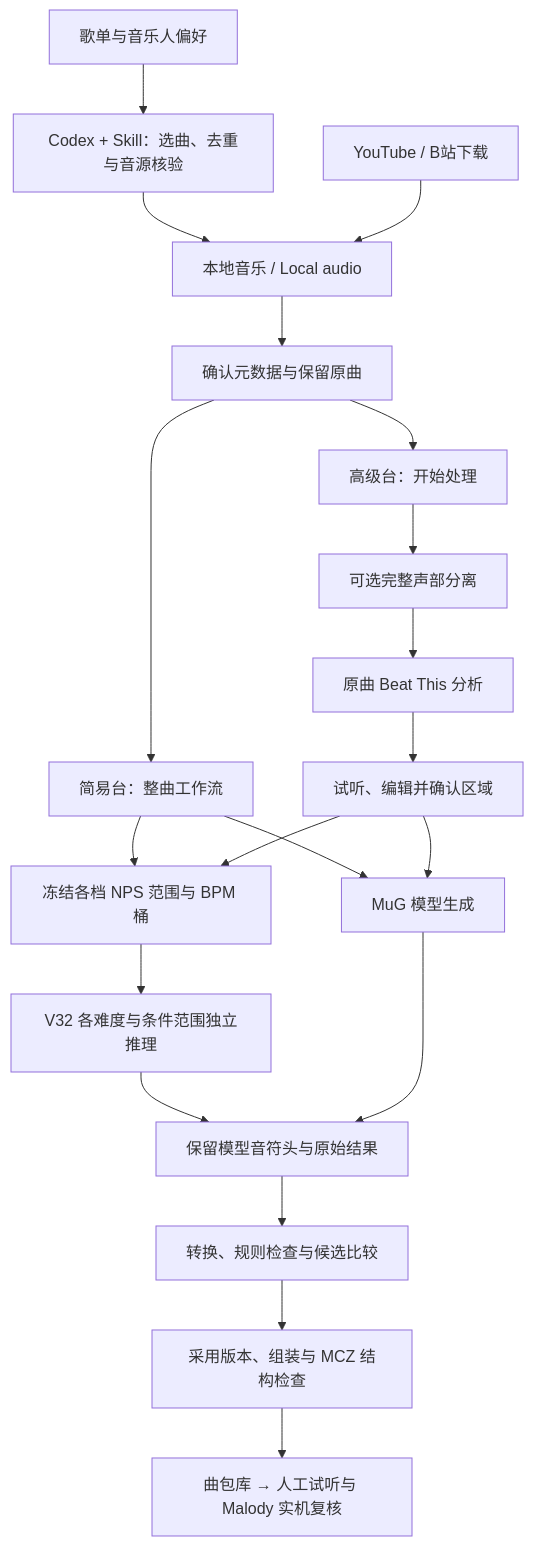
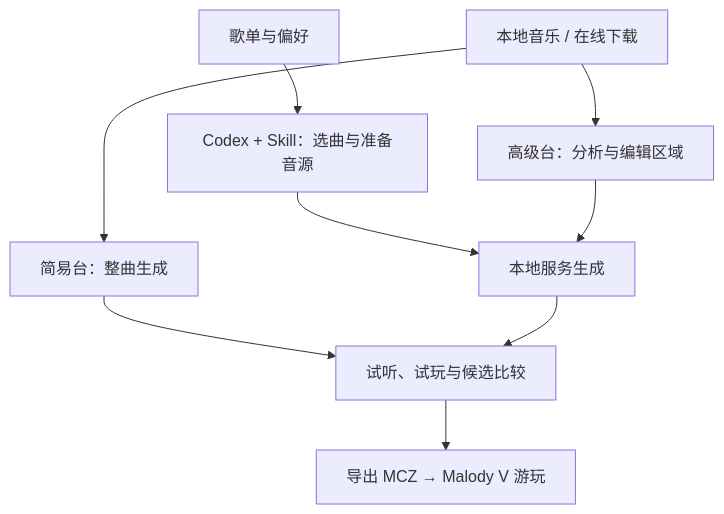
One commit to DokiDokiYuyuko/Malody-Chart-Forge changed the diagram in README.md. Above: the diagram before and after it, drawn with Mermaid. The commit also changed other lines of this file and 8 other files, not shown here.

````diff
--- a/README.md
+++ b/README.md
@@ -142,22 +160,11 @@
 ```mermaid
 flowchart TD
-    PL[歌单与音乐人偏好] --> CX[Codex + Skill：选曲、去重与音源核验]
-    CX --> A
-    A[本地音乐 / Local audio] --> C[确认元数据与保留原曲]
-    B[YouTube / B站下载] --> A
-    C --> S[简易台：整曲工作流]
-    C --> P[高级台：开始处理]
-    P --> D[可选完整声部分离]
-    D --> E[原曲 Beat This 分析]
-    E --> F[试听、编辑并确认区域]
-    S --> G[冻结各档 NPS 范围与 BPM 桶]
-    F --> G
-    G --> H[V32 各难度与条件范围独立推理]
-    S --> M[MuG 模型生成]
-    F --> M
-    H --> I[保留模型音符头与原始结果]
-    M --> I
-    I --> J[转换、规则检查与候选比较]
-    J --> K[采用版本、组装与 MCZ 结构检查]
-    K --> L[曲包库 → 人工试听与 Malody 实机复核]
+    PL[歌单与偏好] --> CX[Codex + Skill：选曲与准备音源]
+    CX --> G[本地服务生成]
+    A[本地音乐 / 在线下载] --> S[简易台：整曲生成]
+    A --> P[高级台：分析与编辑区域]
+    P --> G
+    S --> R[试听、试玩与候选比较]
+    G --> R
+    R --> E[导出 MCZ → Malody V 游玩]
 ```
````
